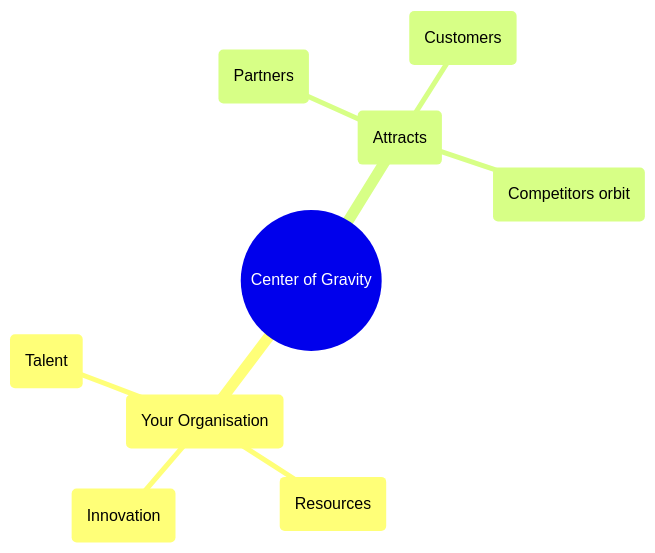
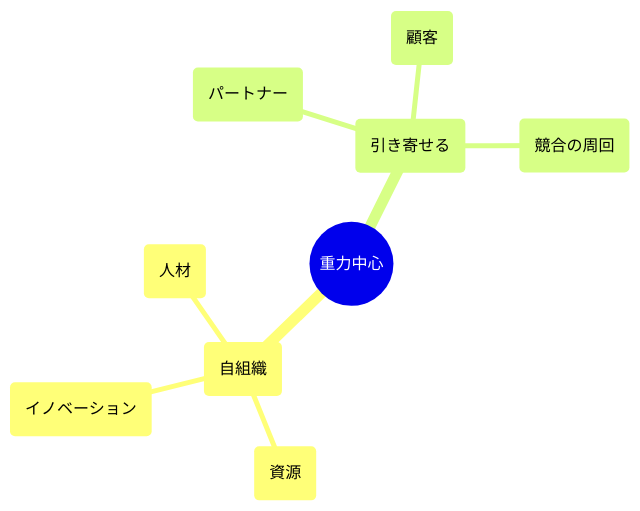
One commit to wardley-leadership-strategies-ja/wardley-leadership-strategies-ja.github.io changed the diagram in docs/strategies/attacking/centre-of-gravity/index.md. Above: the diagram before and after it, drawn with Mermaid. The commit also changed other lines of this file and 5 other files, not shown here.

````diff
--- a/docs/strategies/attacking/centre-of-gravity/index.md
+++ b/docs/strategies/attacking/centre-of-gravity/index.md
@@ -65,16 +65,12 @@
 ```mermaid
 mindmap
-  root((Center of Gravity))
-    (Your Organisation)
-      ::icon(fa fa-building)
-      (Talent)
-        ::icon(fa fa-users)
-      (Resources)
-        ::icon(fa fa-cogs)
-      (Innovation)
-        ::icon(fa fa-lightbulb)
-    (Attracts)
-      (Partners)
-      (Customers)
-      (Competitors orbit)
+  root((重力中心))
+    (自組織)
+      (人材)
+      (資源)
+      (イノベーション)
+    (引き寄せる)
+      (パートナー)
+      (顧客)
+      (競合の周回)
 ```
````
